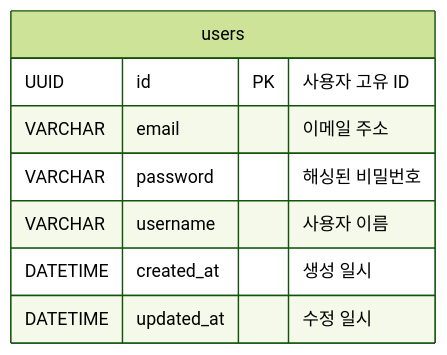
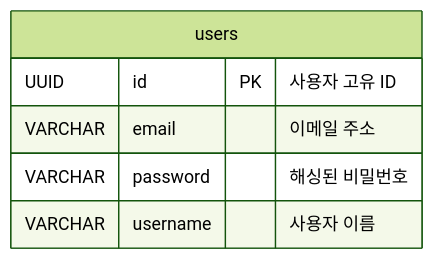
The sixth of 8 diagrams in _posts/Java/Spring/2025-07-30-project.-user-function-mvp.md (seonghun120614/seonghun120614), drawn with Mermaid (forest theme) before and after one commit. The commit also changed other lines of this file and 1 other file, not shown here.

````diff
--- a/_posts/Java/Spring/2025-07-30-project.-user-function-mvp.md
+++ b/_posts/Java/Spring/2025-07-30-project.-user-function-mvp.md
@@ -496,11 +496,9 @@
 ```mermaid
 erDiagram
     users {
         UUID id PK "사용자 고유 ID"
         VARCHAR email "이메일 주소"
         VARCHAR password "해싱된 비밀번호"
         VARCHAR username "사용자 이름"
-        DATETIME created_at "생성 일시"
-        DATETIME updated_at "수정 일시"
     }
 ```
````
